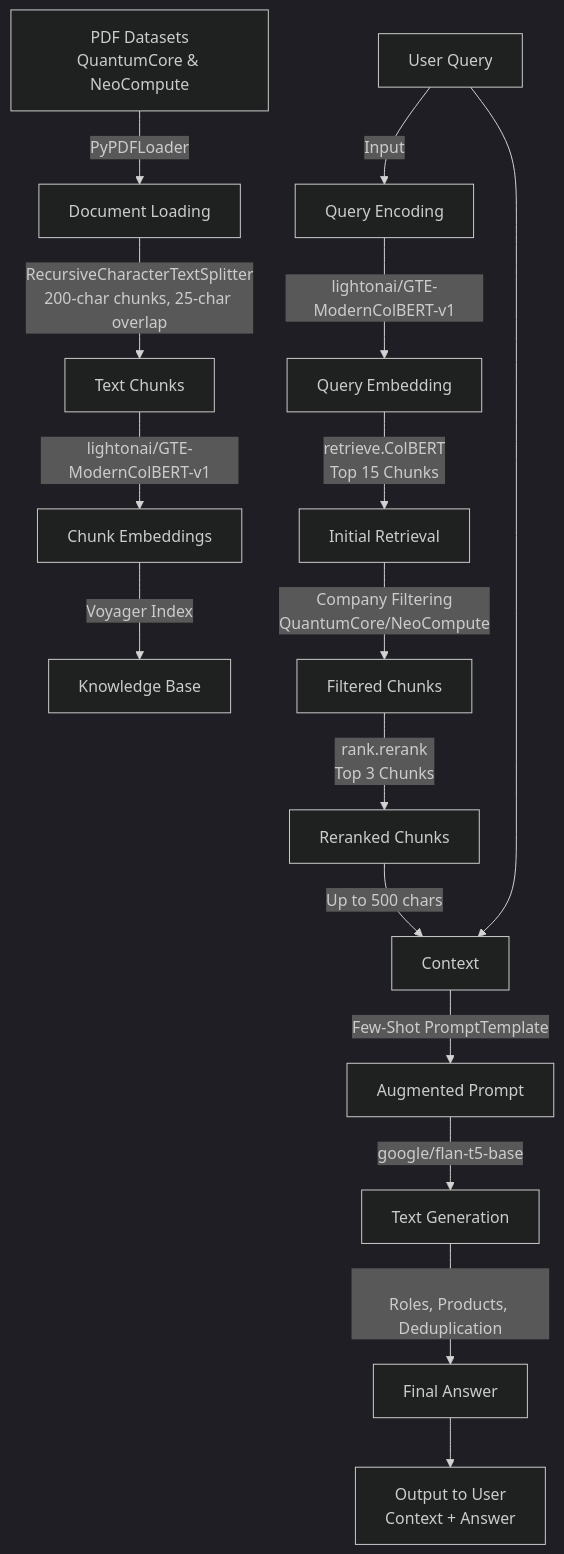
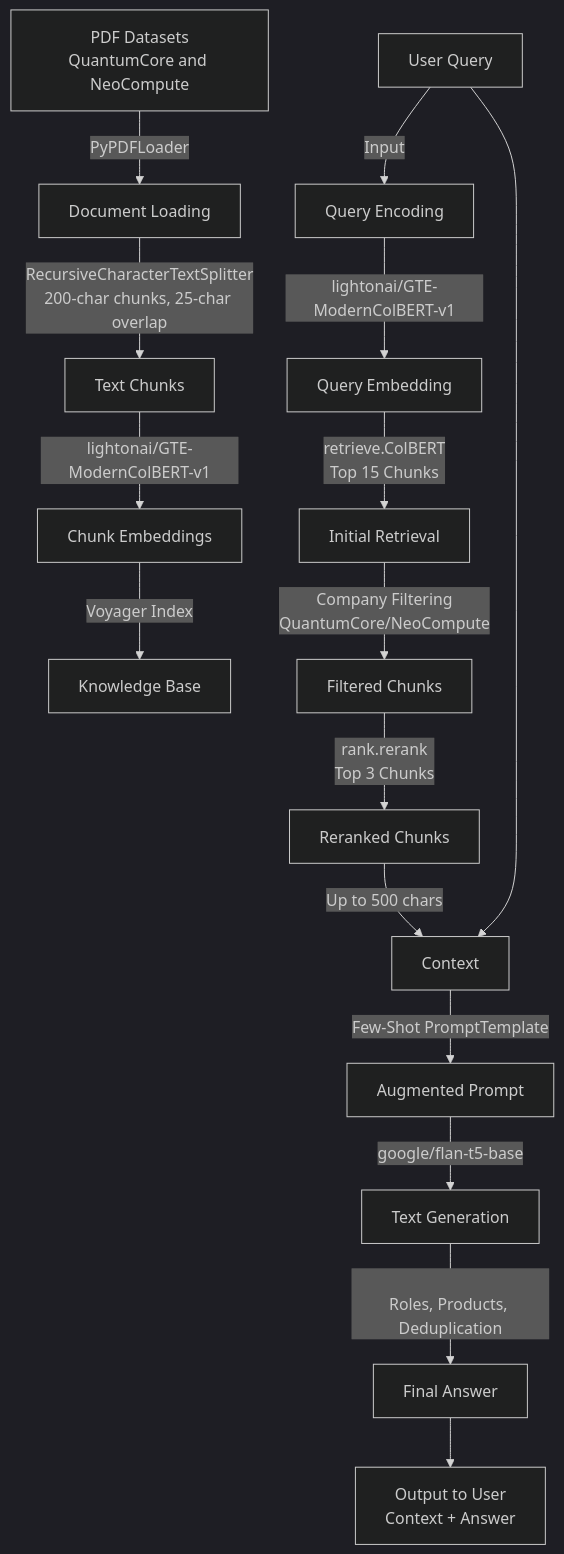
The diagram in README.MD (omuratgultekin/homework), drawn with Mermaid (dark theme) before and after one commit.

````diff
--- a/README.MD
+++ b/README.MD
@@ -31,24 +31,24 @@
 ```mermaid
 graph TD
     A[User Query] -->|Input| B[Query Encoding]
     B -->|lightonai/GTE-ModernColBERT-v1| C[Query Embedding]
     
-    D[PDF Datasets<br>QuantumCore & NeoCompute] -->|PyPDFLoader| E[Document Loading]
+    D[PDF Datasets<br>QuantumCore and NeoCompute] -->|PyPDFLoader| E[Document Loading]
     E -->|RecursiveCharacterTextSplitter<br>200-char chunks, 25-char overlap| F[Text Chunks]
     F -->|lightonai/GTE-ModernColBERT-v1| G[Chunk Embeddings]
     G -->|Voyager Index| H[Knowledge Base]
     
     C -->|retrieve.ColBERT<br>Top 15 Chunks| I[Initial Retrieval]
     I -->|Company Filtering<br>QuantumCore/NeoCompute| J[Filtered Chunks]
     J -->|rank.rerank<br>Top 3 Chunks| K[Reranked Chunks]
     
     K -->|Up to 500 chars| L[Context]
     A --> L
     L -->|Few-Shot PromptTemplate| M[Augmented Prompt]
     
     M -->|google/flan-t5-base| N[Text Generation]
     N -->|<br>Roles, Products, Deduplication| O[Final Answer]
     
     O --> P[Output to User<br>Context + Answer]
 
 ```
````
